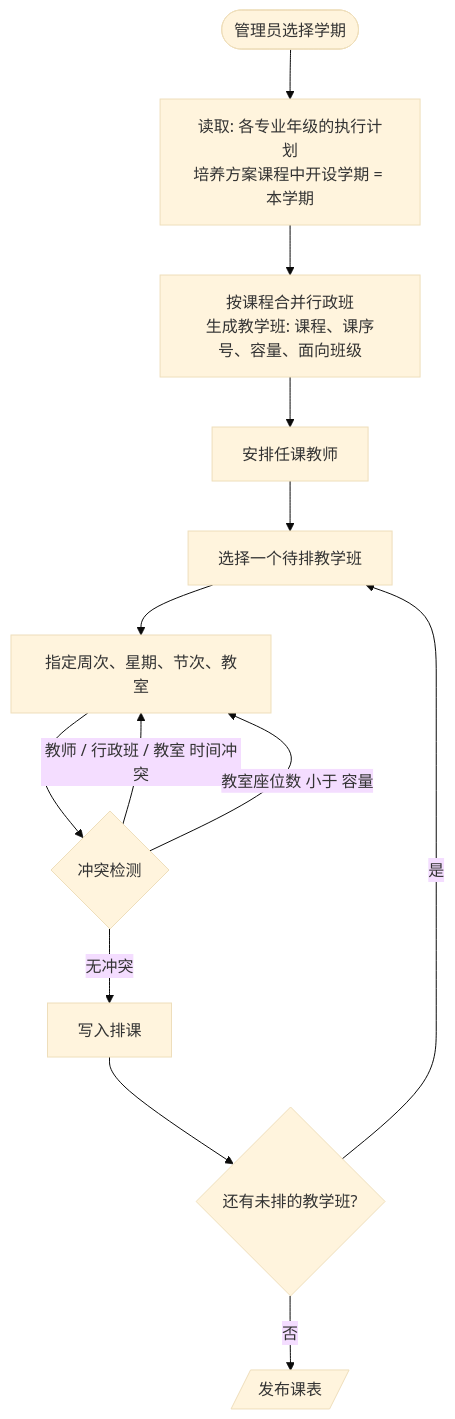
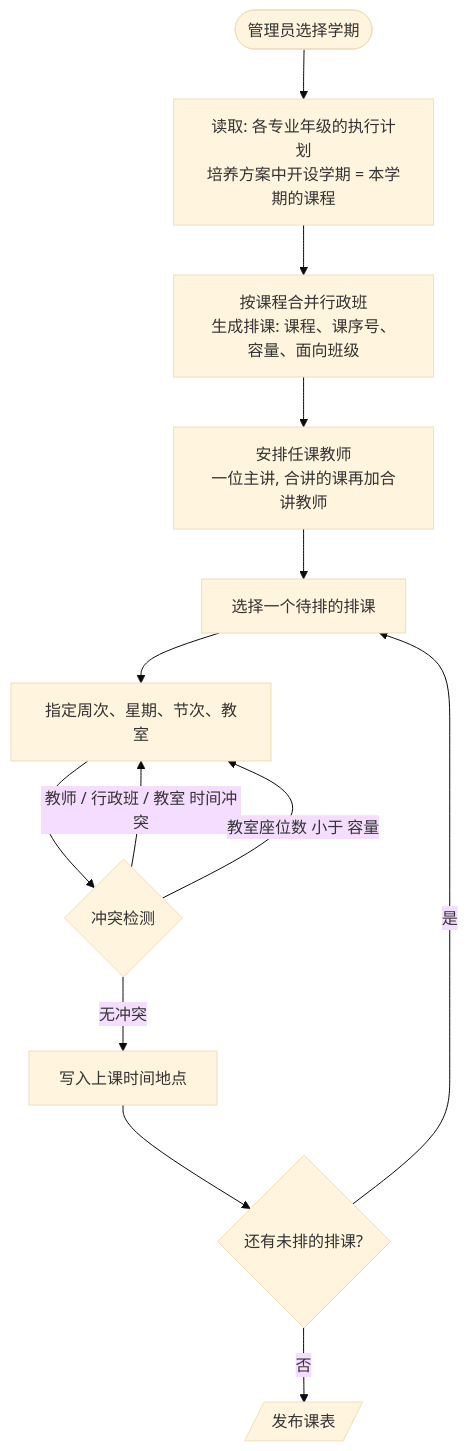
Before and after one commit to We1chan/databasecoursedesign: the third of 14 diagrams in docs/需求分析文档.md, drawn with Mermaid (base theme). The commit also changed other lines of this file and 29 other files, not shown here.

````diff
--- a/docs/需求分析文档.md
+++ b/docs/需求分析文档.md
@@ -919,15 +593,15 @@
 ```mermaid
 flowchart TD
-    A([管理员选择学期]) --> B[读取: 各专业年级的执行计划<br/>培养方案课程中开设学期 = 本学期]
-    B --> C[按课程合并行政班<br/>生成教学班: 课程、课序号、容量、面向班级]
-    C --> D[安排任课教师]
-    D --> E[选择一个待排教学班]
+    A([管理员选择学期]) --> B[读取: 各专业年级的执行计划<br/>培养方案中开设学期 = 本学期的课程]
+    B --> C[按课程合并行政班<br/>生成排课: 课程、课序号、容量、面向班级]
+    C --> D[安排任课教师<br/>一位主讲, 合讲的课再加合讲教师]
+    D --> E[选择一个待排的排课]
     E --> F[指定周次、星期、节次、教室]
     F --> G{冲突检测}
     G -- 教师 / 行政班 / 教室 时间冲突 --> F
     G -- 教室座位数 小于 容量 --> F
-    G -- 无冲突 --> H[写入排课]
-    H --> I{还有未排的教学班?}
+    G -- 无冲突 --> H[写入上课时间地点]
+    H --> I{还有未排的排课?}
     I -- 是 --> E
     I -- 否 --> J[/发布课表/]
 ```
````
